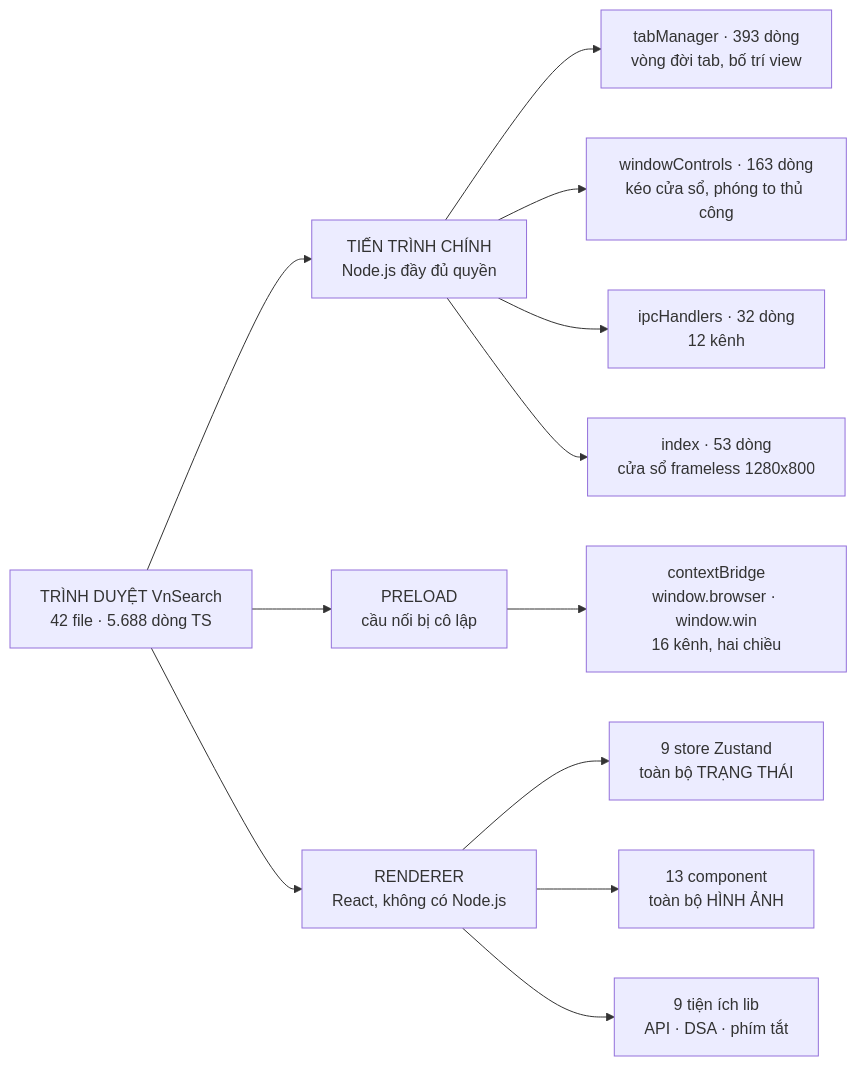
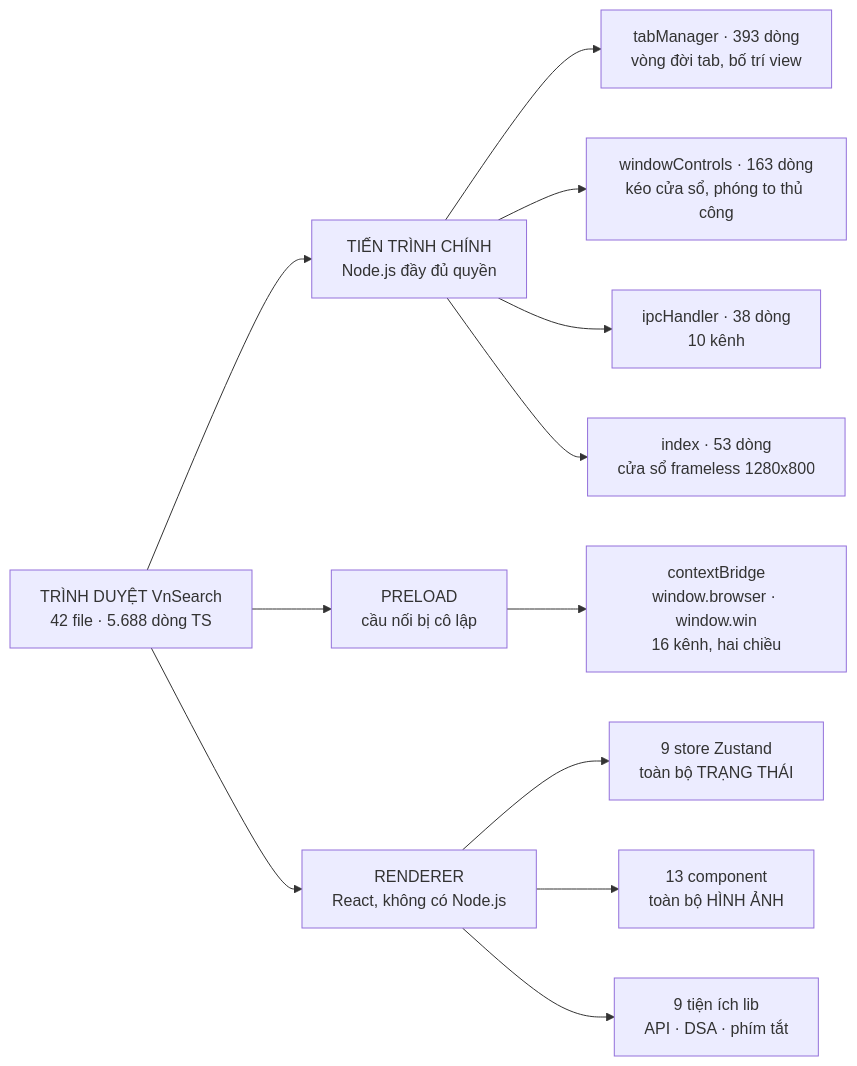
Before and after one commit to KietAnhCS/CocCoc-Plus: the first of 5 diagrams in docs/Math/08-frontend/00-SO-DO-TU-DUY.md, drawn with Mermaid. The commit also changed other lines of this file and 73 other files, not shown here.

First line of the commit message:
docs: fix drift and add diagrams (#22)

````diff
--- a/docs/Math/08-frontend/00-SO-DO-TU-DUY.md
+++ b/docs/Math/08-frontend/00-SO-DO-TU-DUY.md
@@ -17,19 +17,19 @@
 ```mermaid
 flowchart LR
     ROOT["TRÌNH DUYỆT VnSearch<br/>42 file · 5.688 dòng TS"]
 
     ROOT --> M["TIẾN TRÌNH CHÍNH<br/>Node.js đầy đủ quyền"]
     ROOT --> P["PRELOAD<br/>cầu nối bị cô lập"]
     ROOT --> R["RENDERER<br/>React, không có Node.js"]
 
     M --> M1["tabManager · 393 dòng<br/>vòng đời tab, bố trí view"]
     M --> M2["windowControls · 163 dòng<br/>kéo cửa sổ, phóng to thủ công"]
-    M --> M3["ipcHandlers · 32 dòng<br/>12 kênh"]
+    M --> M3["ipcHandler · 38 dòng<br/>10 kênh"]
     M --> M4["index · 53 dòng<br/>cửa sổ frameless 1280x800"]
 
     P --> P1["contextBridge<br/>window.browser · window.win<br/>16 kênh, hai chiều"]
 
     R --> R1["9 store Zustand<br/>toàn bộ TRẠNG THÁI"]
     R --> R2["13 component<br/>toàn bộ HÌNH ẢNH"]
     R --> R3["9 tiện ích lib<br/>API · DSA · phím tắt"]
 ```
````
